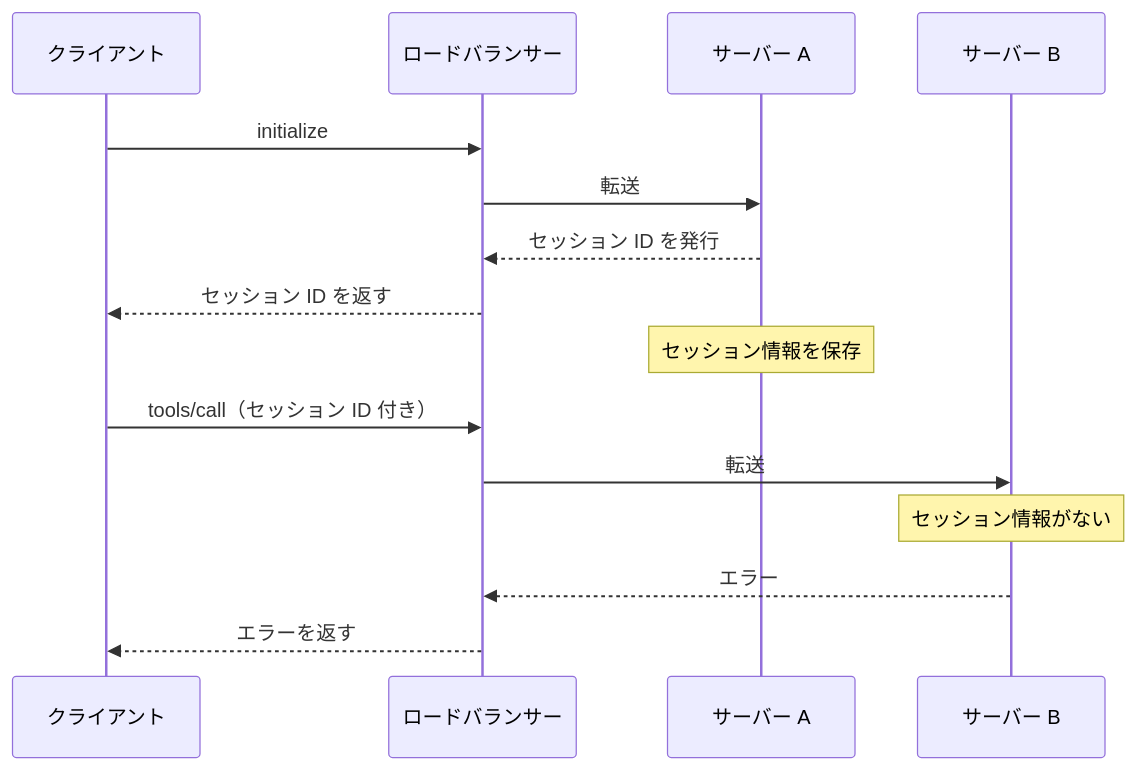
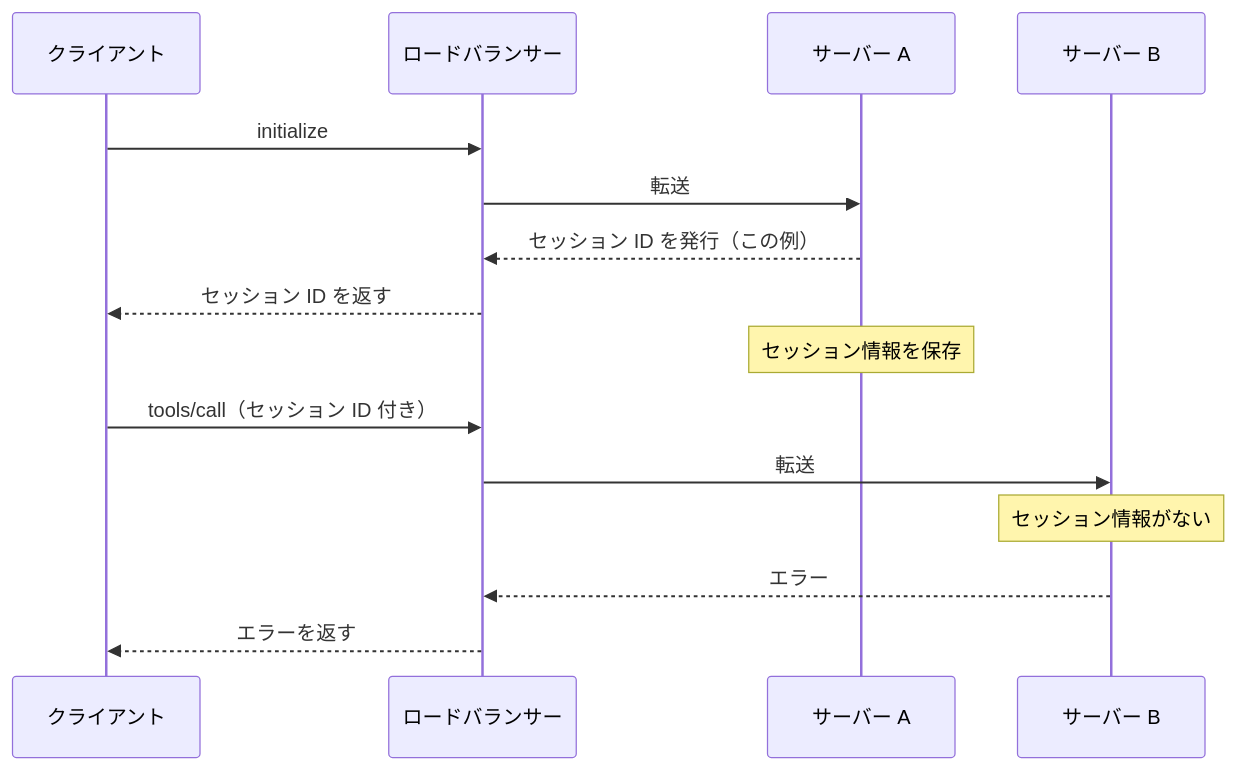
Before and after one commit to yamazaki-yuki-23/qiita-tech-blogs: the second of 5 diagrams in public/2026-08-mcp-2026-07-28.md, drawn with Mermaid. The commit also changed other lines of this file, not shown here.

````diff
--- a/public/2026-08-mcp-2026-07-28.md
+++ b/public/2026-08-mcp-2026-07-28.md
@@ -86,19 +86,19 @@
 ```mermaid
 sequenceDiagram
     participant C as クライアント
     participant LB as ロードバランサー
     participant S1 as サーバー A
     participant S2 as サーバー B
 
     C->>LB: initialize
     LB->>S1: 転送
-    S1-->>LB: セッション ID を発行
+    S1-->>LB: セッション ID を発行（この例）
     LB-->>C: セッション ID を返す
     Note over S1: セッション情報を保存
 
     C->>LB: tools/call（セッション ID 付き）
     LB->>S2: 転送
     Note over S2: セッション情報がない
     S2-->>LB: エラー
     LB-->>C: エラーを返す
 ```
````
